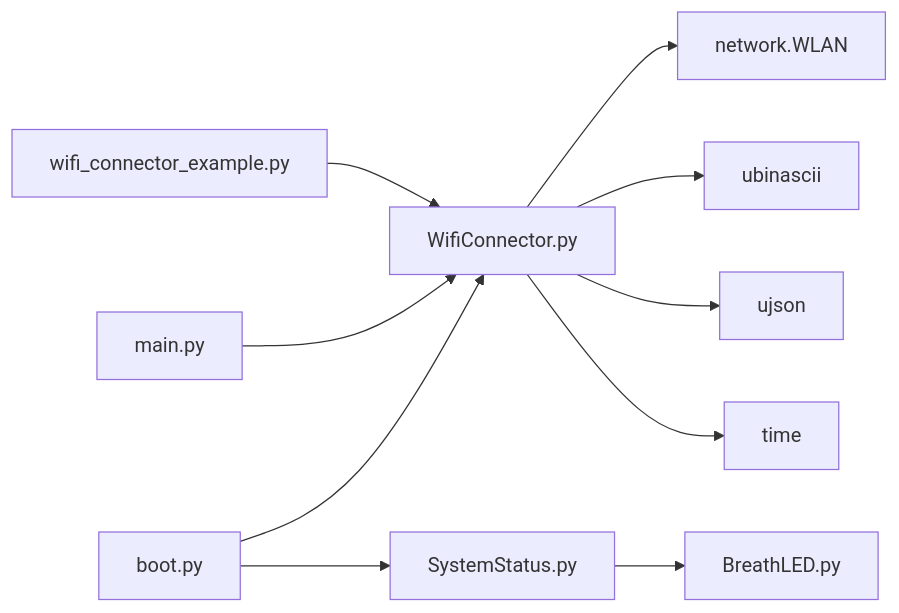
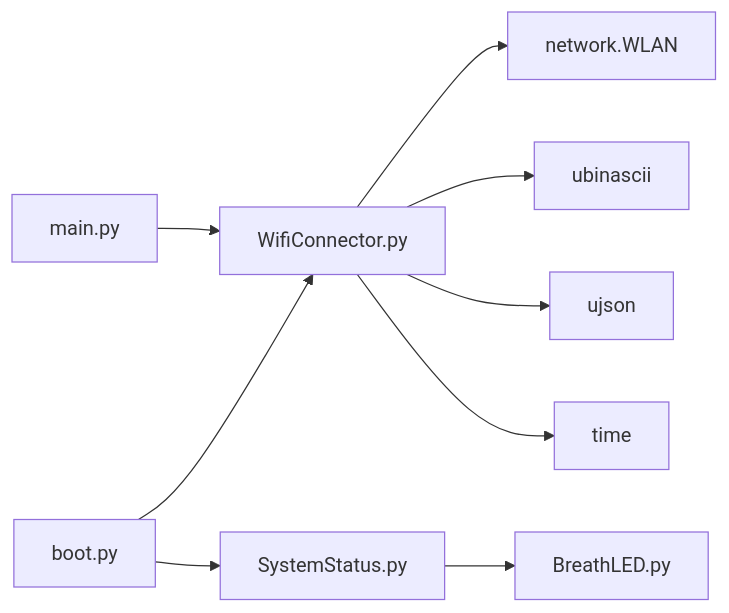
The eighth of 8 diagrams in .qoder/repowiki/zh/content/核心模块/WiFi连接管理.md (qq20739111/weilushishe-lishitai), drawn with Mermaid before and after one commit. The commit also changed other lines of this file and 23 other files, not shown here.

````diff
--- a/.qoder/repowiki/zh/content/核心模块/WiFi连接管理.md
+++ b/.qoder/repowiki/zh/content/核心模块/WiFi连接管理.md
@@ -404,12 +400,11 @@
 ```mermaid
 graph LR
 WC["WifiConnector.py"] --> NET["network.WLAN"]
 WC --> UBIN["ubinascii"]
 WC --> UJSON["ujson"]
 WC --> TIME["time"]
 BOOT["boot.py"] --> WC
 BOOT --> SYS["SystemStatus.py"]
 SYS --> LED["BreathLED.py"]
 MAIN["main.py"] --> WC
-EX["wifi_connector_example.py"] --> WC
 ```
````
